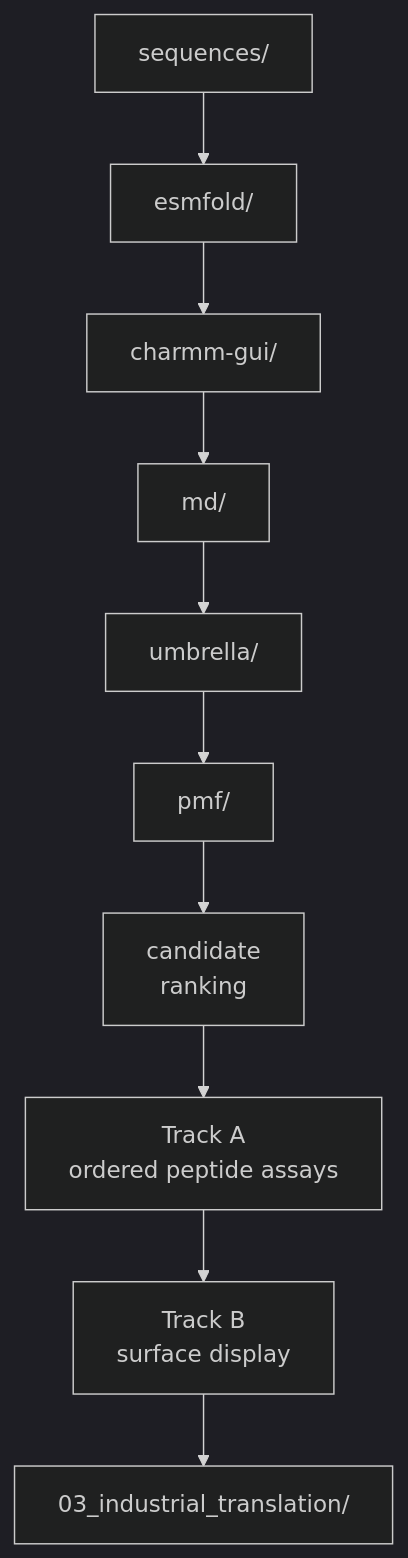
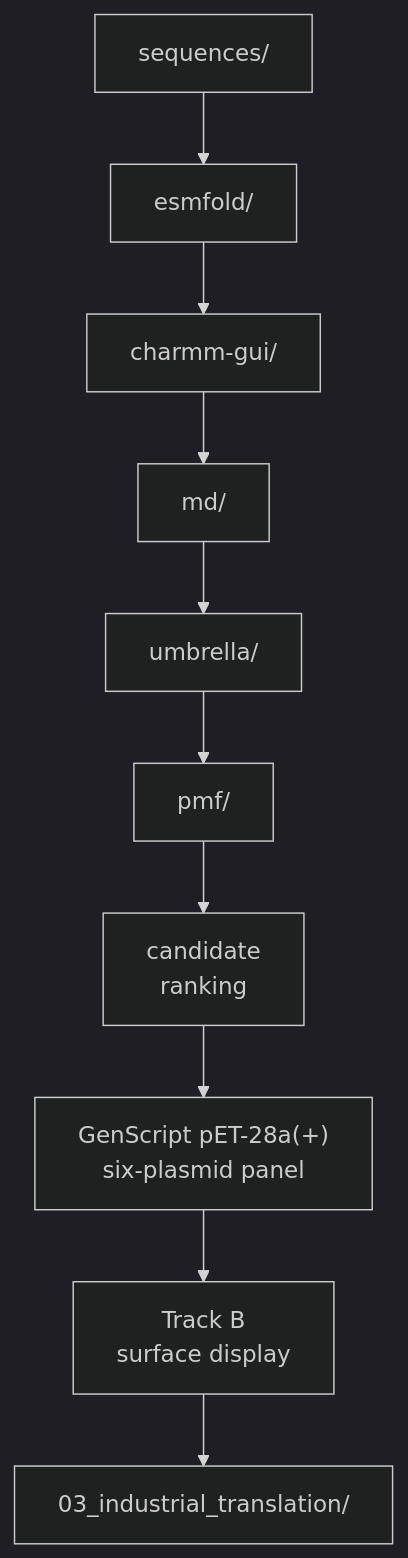
The first of 3 diagrams in 06_project_operations/docs/repository_guide.md (jackyissocute/LiSPER), drawn with Mermaid (dark theme) before and after one commit. The commit also changed other lines of this file and 134 other files, not shown here.

Commit message:
Add pET-28a surface-display designs and remove obsolete repository materials

````diff
--- a/06_project_operations/docs/repository_guide.md
+++ b/06_project_operations/docs/repository_guide.md
@@ -7,26 +7,26 @@
 ```mermaid
 flowchart TD
     accTitle: LiSPER Main Data Flow
-    accDescr: The main data flow moves from computational discovery to ordered synthetic peptide binding validation, then to surface-display engineering and industrial translation.
+    accDescr: The main data flow moves from computational discovery to GenScript plasmid construction, surface-display validation, binding assays and industrial translation.
 
     sequences["sequences/"]
     esmfold["esmfold/"]
     charmm_gui["charmm-gui/"]
     md["md/"]
     umbrella["umbrella/"]
     pmf["pmf/"]
     ranking["candidate<br/>ranking"]
-    ordered_peptides["Track A<br/>ordered peptide assays"]
+    ordered_peptides["GenScript pET-28a(+)<br/>six-plasmid panel"]
     display["Track B<br/>surface display"]
     translation["03_industrial_translation/"]
 
     sequences --> esmfold
     esmfold --> charmm_gui
     charmm_gui --> md
     md --> umbrella
     umbrella --> pmf
     pmf --> ranking
     ranking --> ordered_peptides
     ordered_peptides --> display
     display --> translation
 ```
````
